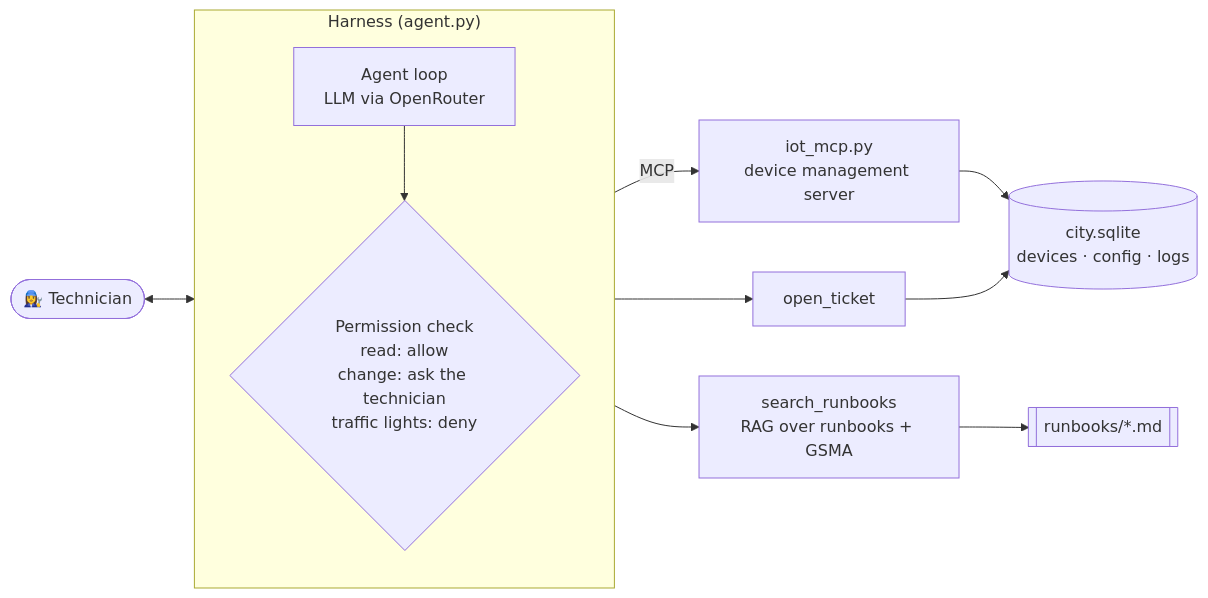
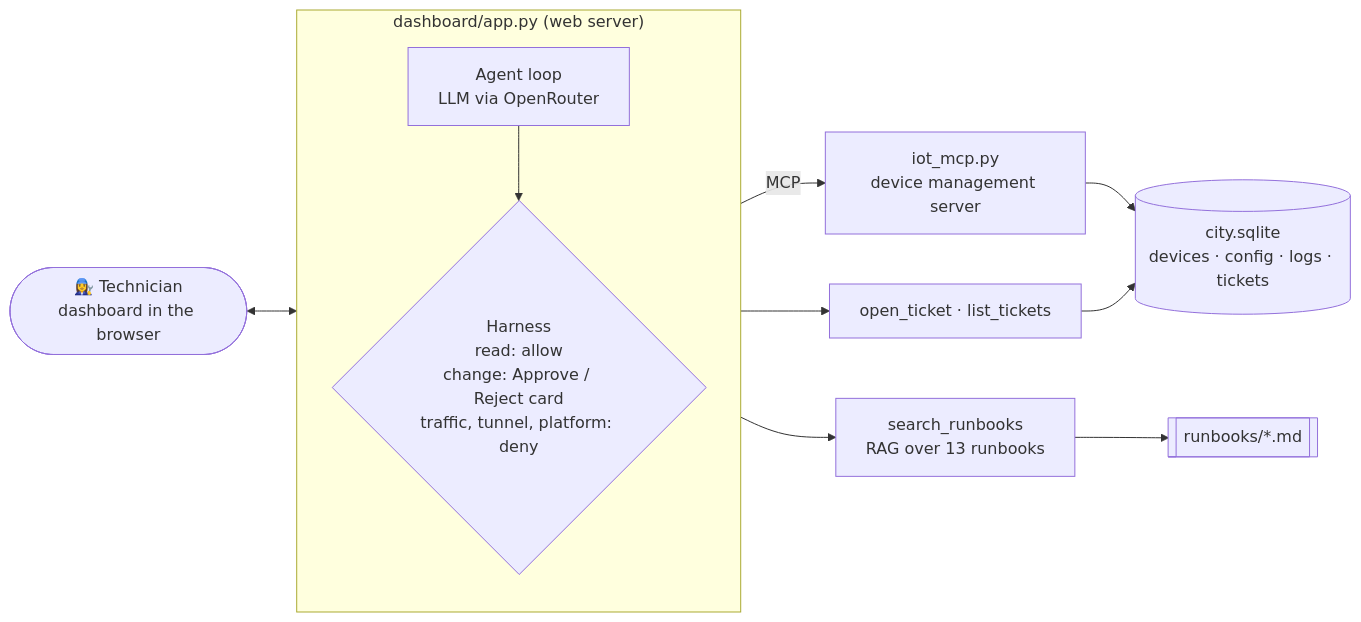
One commit to ElafQattan/pulseNet_agents changed the first of 2 diagrams in README.md. Above: the diagram before and after it, drawn with Mermaid. The commit also changed other lines of this file and 25 other files, not shown here.

````diff
--- a/README.md
+++ b/README.md
@@ -71,19 +87,19 @@
 ```mermaid
 flowchart LR
-    T(["👩‍🔧 Technician"]) <--> H
+    T(["👩‍🔧 Technician<br/>dashboard in the browser"]) <--> W
 
-    subgraph H["Harness (agent.py)"]
+    subgraph W["dashboard/app.py (web server)"]
         direction TB
         L["Agent loop<br/>LLM via OpenRouter"]
-        P{"Permission check<br/>read: allow<br/>change: ask the technician<br/>traffic lights: deny"}
+        P{"Harness<br/>read: allow<br/>change: Approve / Reject card<br/>traffic, tunnel, platform: deny"}
         L --> P
     end
 
     P -->|MCP| S["iot_mcp.py<br/>device management server"]
-    P --> R["search_runbooks<br/>RAG over runbooks + GSMA"]
-    P --> K["open_ticket"]
+    P --> R["search_runbooks<br/>RAG over 13 runbooks"]
+    P --> K["open_ticket · list_tickets"]
 
-    S --> DB[("city.sqlite<br/>devices · config · logs")]
+    S --> DB[("city.sqlite<br/>devices · config · logs · tickets")]
     K --> DB
     R --> RB[["runbooks/*.md"]]
 ```
````
